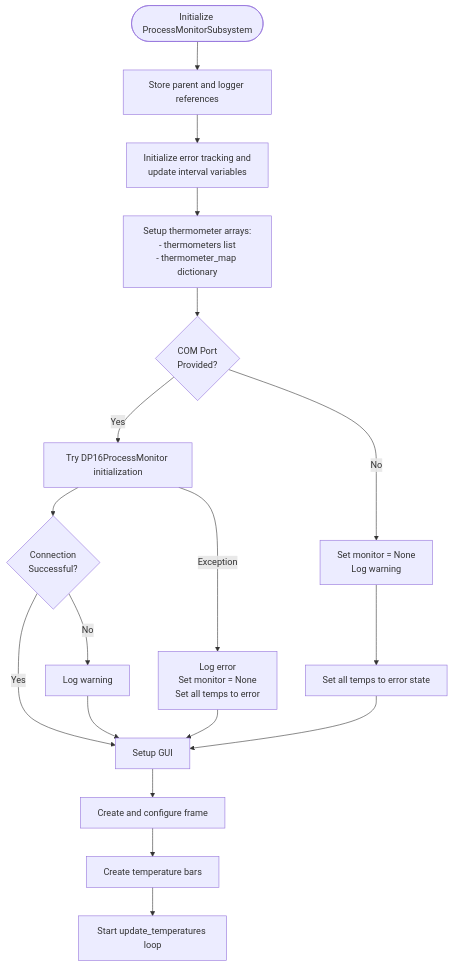
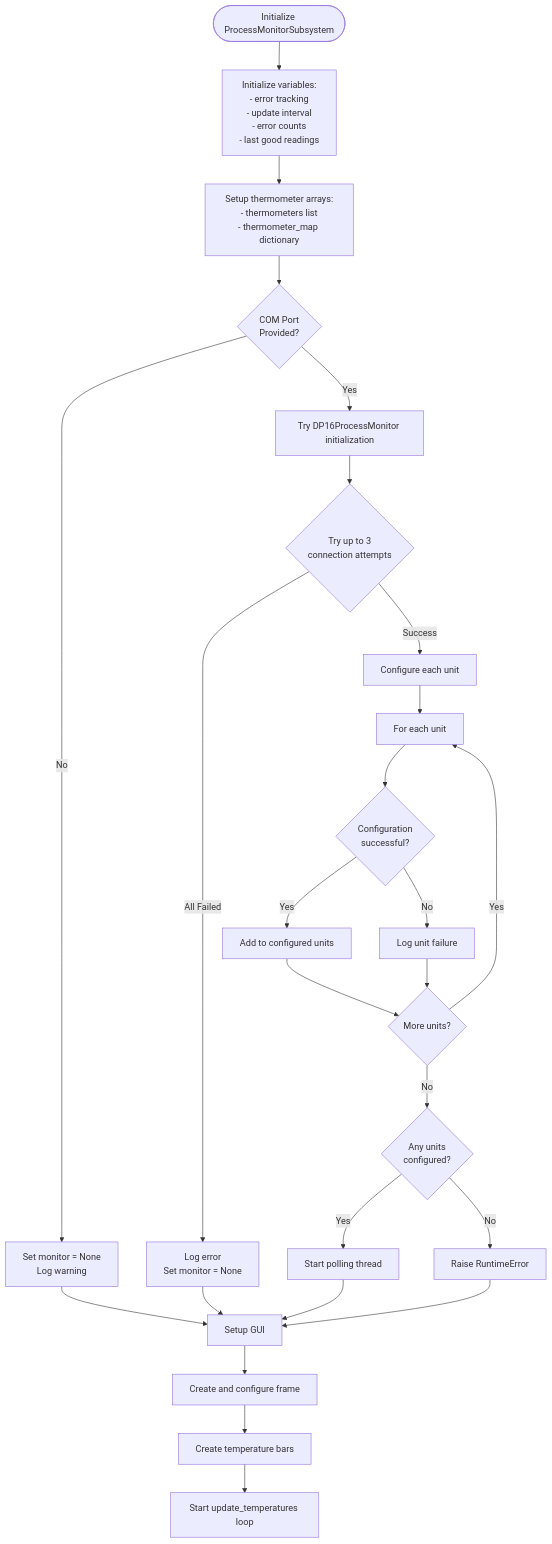
One commit to uw-loci/EBEAM_dashboard changed the first of 3 diagrams in subsystem/process_monitor/README.md. Above: the diagram before and after it, drawn with Mermaid.

Commit message:
updated initialization flowchart

````diff
--- a/subsystem/process_monitor/README.md
+++ b/subsystem/process_monitor/README.md
@@ -68,26 +68,35 @@
 ```mermaid
 flowchart TD
-    Start([Initialize ProcessMonitorSubsystem]) --> ParentLogger[Store parent and logger references]
-    ParentLogger --> InitVars[Initialize error tracking and<br/>update interval variables]
+    Start([Initialize ProcessMonitorSubsystem]) --> InitVars[Initialize variables:<br/>- error tracking<br/>- update interval<br/>- error counts<br/>- last good readings]
     InitVars --> SetThermo[Setup thermometer arrays:<br/>- thermometers list<br/>- thermometer_map dictionary]
     
     SetThermo --> ComCheck{COM Port<br/>Provided?}
+    ComCheck -->|No| NoComPort[Set monitor = None<br/>Log warning]
     ComCheck -->|Yes| TryInit[Try DP16ProcessMonitor initialization]
-    ComCheck -->|No| NoComPort[Set monitor = None<br/>Log warning]
     
-    TryInit --> ConnectCheck{Connection<br/>Successful?}
-    ConnectCheck -->|Yes| SetupGUI[Setup GUI]
-    ConnectCheck -->|No| LogWarn[Log warning]
+    TryInit --> ConnectAttempt{Try up to 3<br/>connection attempts}
+    ConnectAttempt -->|Success| ConfigureUnits[Configure each unit]
+    ConnectAttempt -->|All Failed| InitFailed[Log error<br/>Set monitor = None]
     
-    NoComPort --> ErrorState[Set all temps to error state]
-    LogWarn --> SetupGUI
-    ErrorState --> SetupGUI
+    ConfigureUnits --> UnitLoop[For each unit]
+    UnitLoop --> ConfigCheck{Configuration<br/>successful?}
+    ConfigCheck -->|Yes| AddUnit[Add to configured units]
+    ConfigCheck -->|No| LogUnitFail[Log unit failure]
+    
+    AddUnit --> MoreUnits{More units?}
+    LogUnitFail --> MoreUnits
+    MoreUnits -->|Yes| UnitLoop
+    MoreUnits -->|No| UnitsCheck{Any units<br/>configured?}
+    
+    UnitsCheck -->|Yes| StartThread[Start polling thread]
+    UnitsCheck -->|No| RaiseError[Raise RuntimeError]
+    
+    NoComPort --> SetupGUI[Setup GUI]
+    InitFailed --> SetupGUI
+    StartThread --> SetupGUI
+    RaiseError --> SetupGUI
     
     SetupGUI --> CreateFrame[Create and configure frame]
     CreateFrame --> CreateBars[Create temperature bars]
     CreateBars --> StartUpdate[Start update_temperatures loop]
-    
-    %% Error paths
-    TryInit -- Exception --> HandleError[Log error<br/>Set monitor = None<br/>Set all temps to error]
-    HandleError --> SetupGUI
 ```
````
